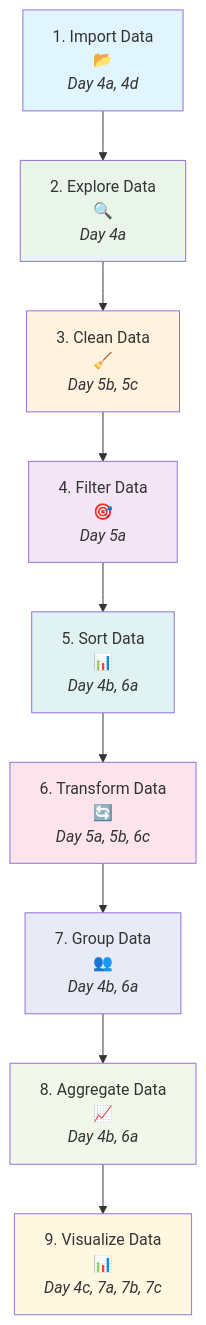
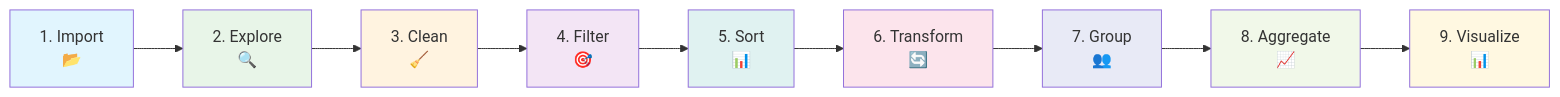
One commit to rellimylime/EDS-217-Essential-Python.github.io changed the diagram in course-materials/interactive-sessions/4c_dataframe_workflows.qmd. Above: the diagram before and after it, drawn with Mermaid. The commit also changed 142 other files, not shown here.

````diff
--- a/course-materials/interactive-sessions/4c_dataframe_workflows.qmd
+++ b/course-materials/interactive-sessions/4c_dataframe_workflows.qmd
@@ -16,21 +16,17 @@
 ```{mermaid}
-flowchart TD
-    A["1. Import Data<br/>📂<br/><em>Day 4a, 4d</em>"] --> B["2. Explore Data<br/>🔍<br/><em>Day 4a</em>"]
-    B --> C["3. Clean Data<br/>🧹<br/><em>Day 5b, 5c</em>"]
-    C --> D["4. Filter Data<br/>🎯<br/><em>Day 5a</em>"]
-    D --> E["5. Sort Data<br/>📊<br/><em>Day 4b, 6a</em>"]
-    E --> F["6. Transform Data<br/>🔄<br/><em>Day 5a, 5b, 6c</em>"]
-    F --> G["7. Group Data<br/>👥<br/><em>Day 4b, 6a</em>"]
-    G --> H["8. Aggregate Data<br/>📈<br/><em>Day 4b, 6a</em>"]
-    H --> I["9. Visualize Data<br/>📊<br/><em>Day 4c, 7a, 7b, 7c</em>"]
-    
+flowchart LR
+    A["1. Import<br/>📂"] --> B["2. Explore<br/>🔍"] --> C["3. Clean<br/>🧹"]
+    C --> D["4. Filter<br/>🎯"] --> E["5. Sort<br/>📊"]
+    E --> F["6. Transform<br/>🔄"] --> G["7. Group<br/>👥"]
+    G --> H["8. Aggregate<br/>📈"] --> I["9. Visualize<br/>📊"]
+
     style A fill:#e1f5fe
     style B fill:#e8f5e8
     style C fill:#fff3e0
     style D fill:#f3e5f5
     style E fill:#e0f2f1
     style F fill:#fce4ec
     style G fill:#e8eaf6
     style H fill:#f1f8e9
     style I fill:#fff8e1
 ```
````
